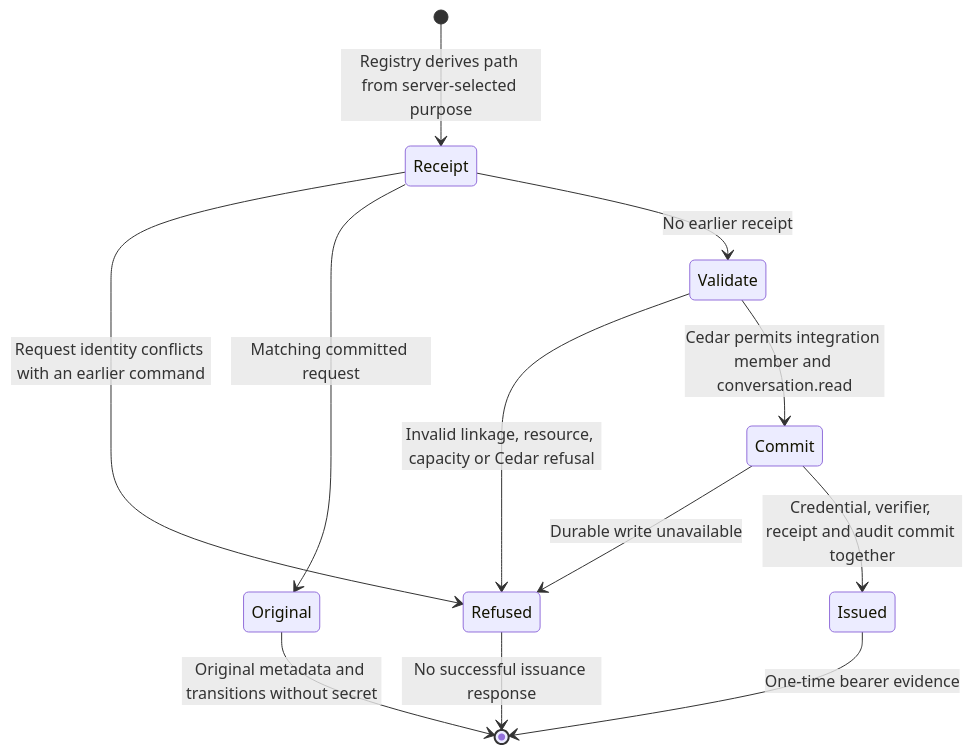
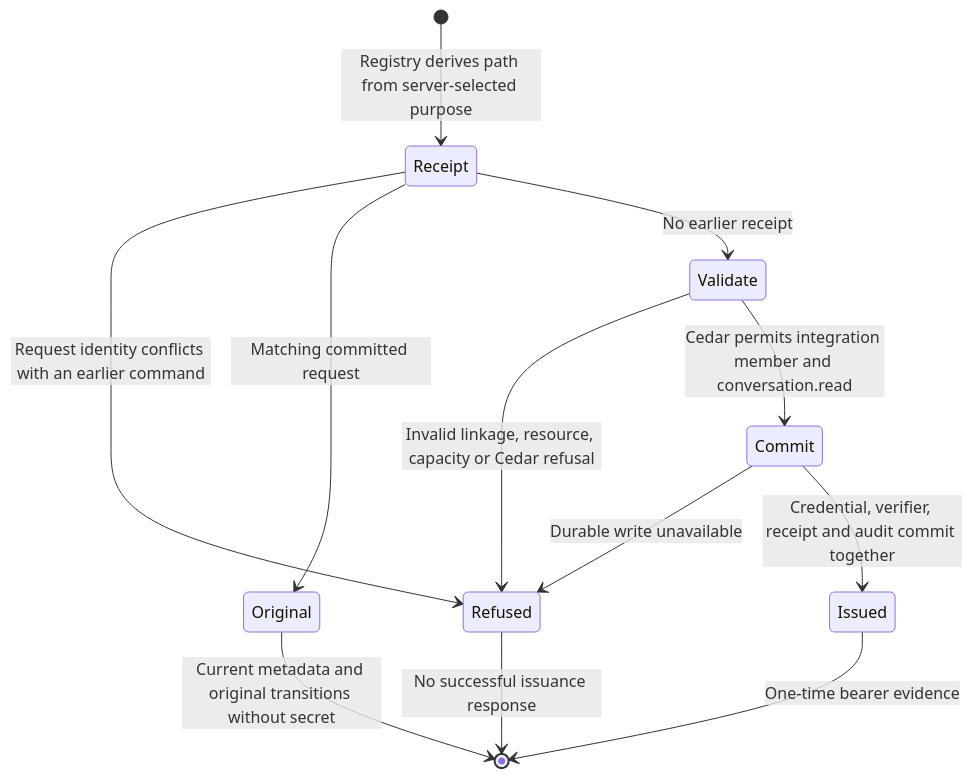
The first of 2 diagrams in docs/state/services/gateway/webhook-issuance.md (nessalabs/nessa-agent), drawn with Mermaid before and after one commit. The commit also changed other lines of this file and 69 other files, not shown here.

````diff
--- a/docs/state/services/gateway/webhook-issuance.md
+++ b/docs/state/services/gateway/webhook-issuance.md
@@ -38,14 +48,14 @@
 ```mermaid
 stateDiagram-v2
     [*] --> Receipt: Registry derives path from server-selected purpose
     Receipt --> Refused: Request identity conflicts with an earlier command
     Receipt --> Original: Matching committed request
     Receipt --> Validate: No earlier receipt
     Validate --> Refused: Invalid linkage, resource, capacity or Cedar refusal
     Validate --> Commit: Cedar permits integration member and conversation.read
     Commit --> Refused: Durable write unavailable
     Commit --> Issued: Credential, verifier, receipt and audit commit together
-    Original --> [*]: Original metadata and transitions without secret
+    Original --> [*]: Current metadata and original transitions without secret
     Issued --> [*]: One-time bearer evidence
     Refused --> [*]: No successful issuance response
 ```
````
